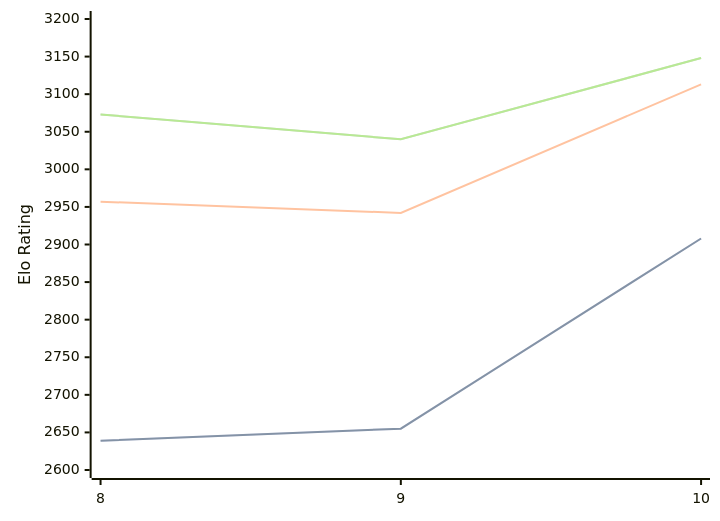
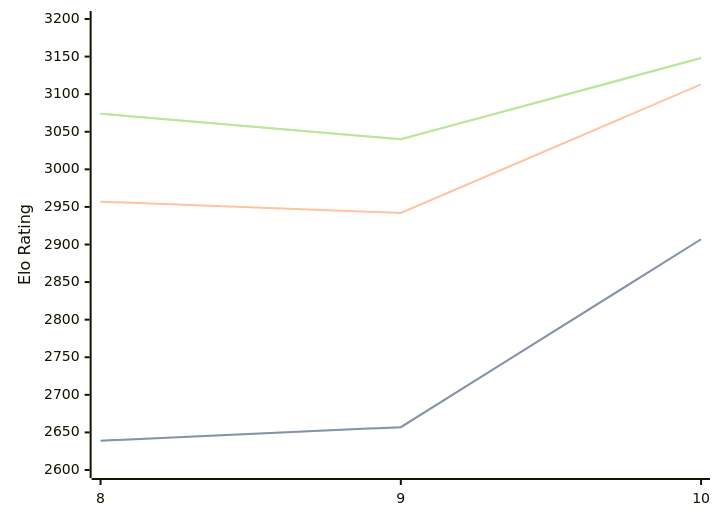
Before and after one commit to computer-chess-index/cci: the diagram in engines/Lozza.md, drawn with Mermaid. The commit also changed other lines of this file, not shown here.

Commit message:
Update CCI Ratings (ELO VLTC) - 2026-02-18

````diff
--- a/engines/Lozza.md
+++ b/engines/Lozza.md
@@ -38,11 +38,11 @@
 ```mermaid
 %%{init: {"theme":"base","themeVariables":{"seriesColors:['#a3a3a3','#222221','#faa371']}}}%%
 xychart-beta
   x-axis ["8", "9", "10"]
   y-axis "Elo Rating" 2600 --> 3200
-  line "STC (8.0+0.08s)" [2639, 2655, 2908]
-  line "STC (8.0+0.08s)" [2639, 2655, 2908]
+  line "STC (8.0+0.08s)" [2639, 2657, 2907]
+  line "STC (8.0+0.08s)" [2639, 2657, 2907]
   line "LTC (60.0+0.60s)" [2957, 2942, 3113]
-  line "VLTC (2m24s+1.12s)" [3073, 3040, 3148]
-  line "VLTC (2m24s+1.12s)" [3073, 3040, 3148]
+  line "VLTC (2m24s+1.12s)" [3074, 3040, 3148]
+  line "VLTC (2m24s+1.12s)" [3074, 3040, 3148]
 ```
````
